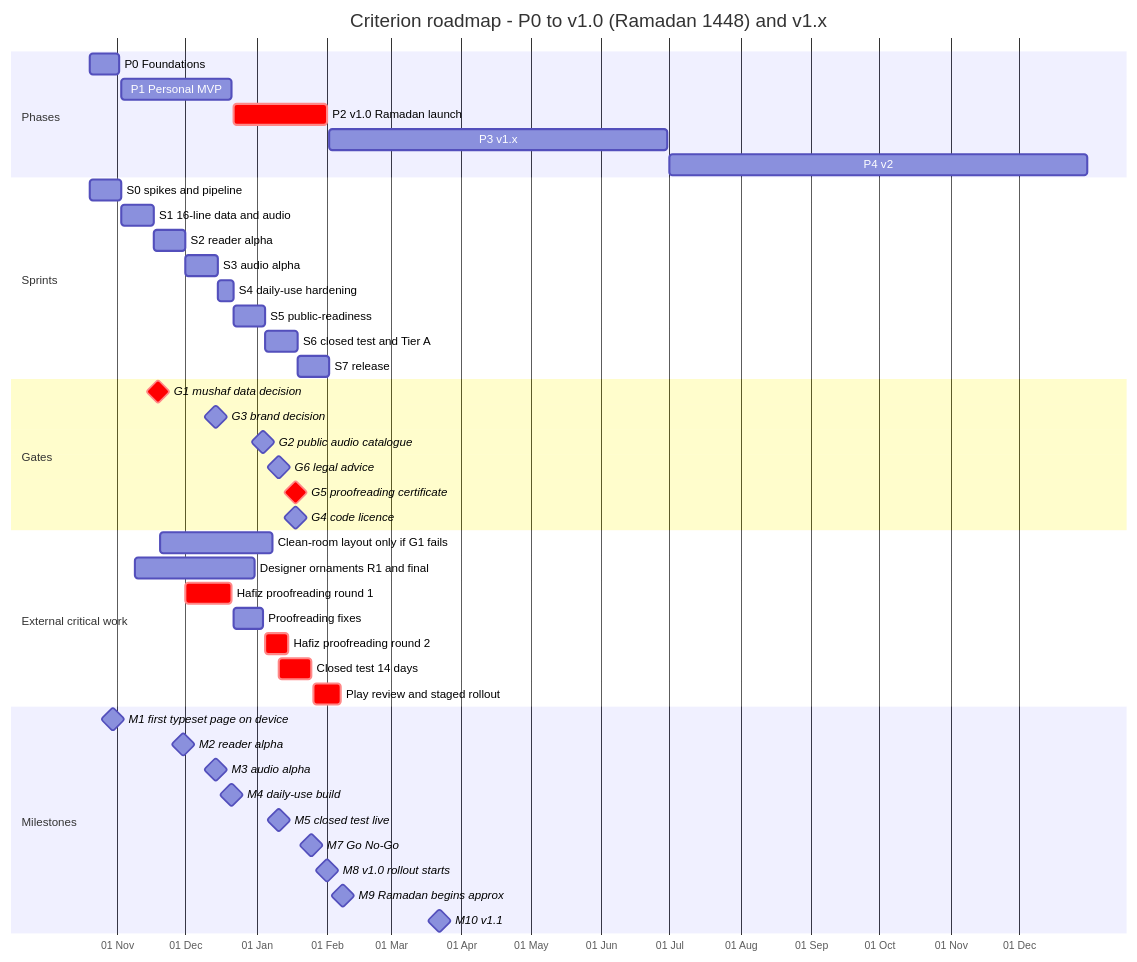
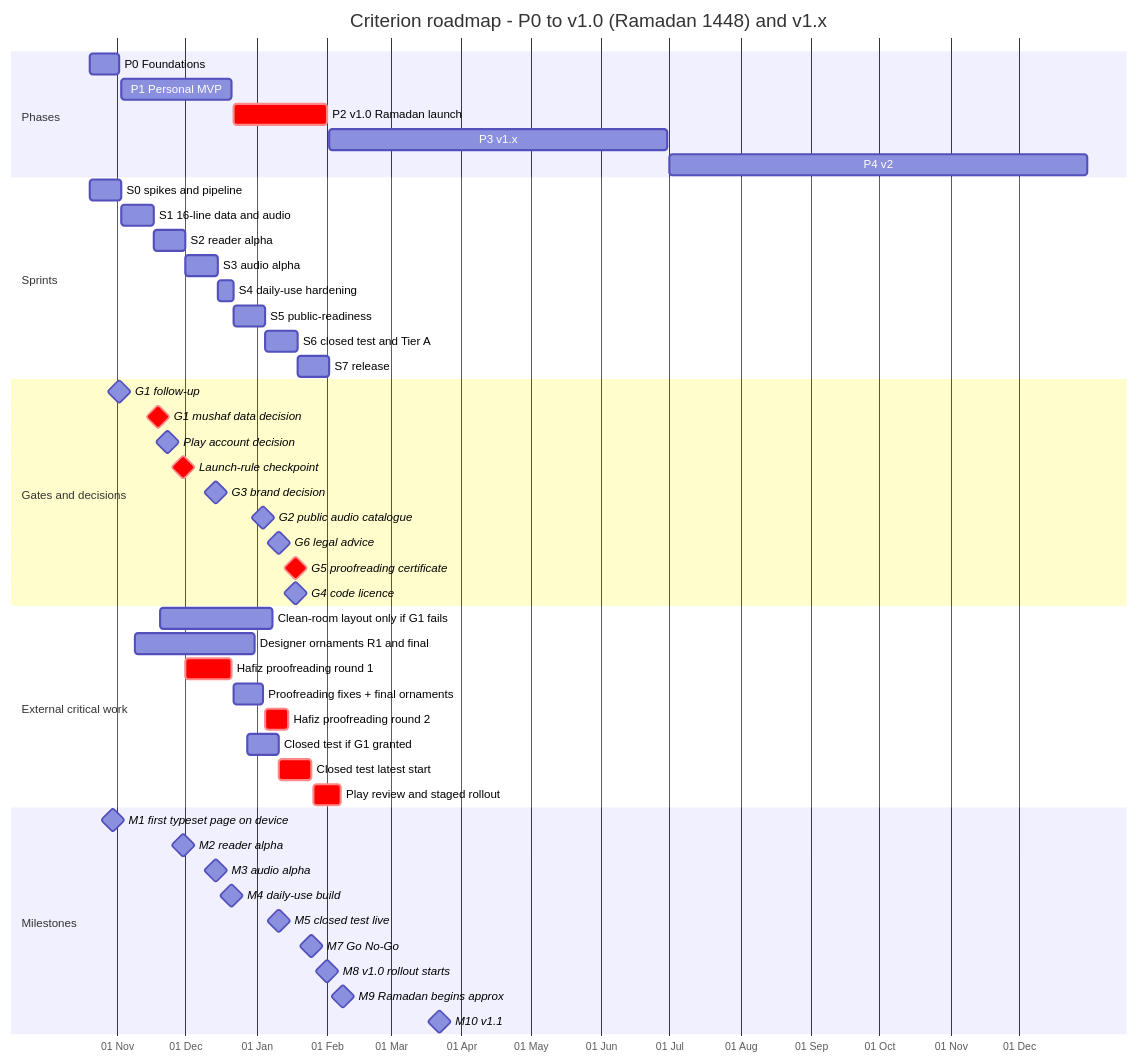
The first of 2 diagrams in docs/plan/09-roadmap-backlog.md (Chughtaie/criterion), drawn with Mermaid before and after one commit. The commit also changed other lines of this file and 12 other files, not shown here.

````diff
--- a/docs/plan/09-roadmap-backlog.md
+++ b/docs/plan/09-roadmap-backlog.md
@@ -40,46 +44,50 @@
 ```mermaid
 gantt
     title Criterion roadmap - P0 to v1.0 (Ramadan 1448) and v1.x
     dateFormat YYYY-MM-DD
     axisFormat %d %b
     section Phases
     P0 Foundations              :p0, 2026-10-20, 2026-11-02
     P1 Personal MVP             :p1, 2026-11-03, 2026-12-21
     P2 v1.0 Ramadan launch      :crit, p2, 2026-12-22, 2027-02-01
     P3 v1.x                     :p3, 2027-02-02, 2027-06-30
     P4 v2                       :p4, 2027-07-01, 2027-12-31
     section Sprints
     S0 spikes and pipeline      :s0, 2026-10-20, 14d
     S1 16-line data and audio   :s1, 2026-11-03, 14d
     S2 reader alpha             :s2, 2026-11-17, 14d
     S3 audio alpha              :s3, 2026-12-01, 14d
     S4 daily-use hardening      :s4, 2026-12-15, 7d
     S5 public-readiness         :s5, 2026-12-22, 14d
     S6 closed test and Tier A   :s6, 2027-01-05, 14d
     S7 release                  :s7, 2027-01-19, 14d
-    section Gates
+    section Gates and decisions
+    G1 follow-up                :milestone, g1f, 2026-11-02, 0d
     G1 mushaf data decision     :milestone, crit, g1, 2026-11-19, 0d
+    Play account decision       :milestone, acct, 2026-11-23, 0d
+    Launch-rule checkpoint      :milestone, crit, lr, 2026-11-30, 0d
     G3 brand decision           :milestone, g3, 2026-12-14, 0d
     G2 public audio catalogue   :milestone, g2, 2027-01-04, 0d
     G6 legal advice             :milestone, g6, 2027-01-11, 0d
     G5 proofreading certificate :milestone, crit, g5, 2027-01-18, 0d
     G4 code licence             :milestone, g4, 2027-01-18, 0d
     section External critical work
     Clean-room layout only if G1 fails :cr, 2026-11-20, 2027-01-08
     Designer ornaments R1 and final    :d1, 2026-11-09, 2026-12-31
     Hafiz proofreading round 1         :crit, h1, 2026-12-01, 2026-12-21
-    Proofreading fixes                 :h2, 2026-12-22, 2027-01-04
+    Proofreading fixes + final ornaments :h2, 2026-12-22, 2027-01-04
     Hafiz proofreading round 2         :crit, h3, 2027-01-05, 2027-01-15
-    Closed test 14 days                :crit, ct, 2027-01-11, 14d
+    Closed test if G1 granted          :ct1, 2026-12-28, 14d
+    Closed test latest start           :crit, ct, 2027-01-11, 14d
     Play review and staged rollout     :crit, pr, 2027-01-26, 2027-02-07
     section Milestones
     M1 first typeset page on device    :milestone, m1, 2026-10-30, 0d
     M2 reader alpha                    :milestone, m2, 2026-11-30, 0d
     M3 audio alpha                     :milestone, m3, 2026-12-14, 0d
     M4 daily-use build                 :milestone, m4, 2026-12-21, 0d
     M5 closed test live                :milestone, m5, 2027-01-11, 0d
     M7 Go No-Go                        :milestone, m7, 2027-01-25, 0d
     M8 v1.0 rollout starts             :milestone, m8, 2027-02-01, 0d
     M9 Ramadan begins approx           :milestone, m9, 2027-02-08, 0d
     M10 v1.1                           :milestone, m10, 2027-03-22, 0d
 ```
````
